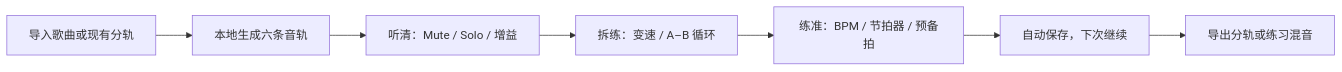
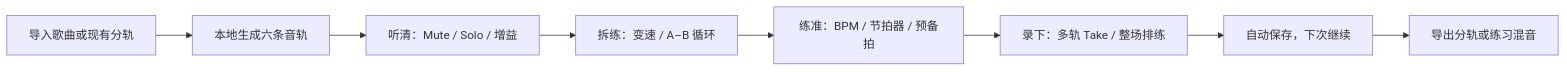
The diagram in README.md (dourgey/BandBuddy), drawn with Mermaid before and after one commit. The commit also changed other lines of this file and 74 other files, not shown here.

````diff
--- a/README.md
+++ b/README.md
@@ -21,9 +21,10 @@
 ```mermaid
 flowchart LR
   A["导入歌曲或现有分轨"] --> B["本地生成六条音轨"]
   B --> C["听清：Mute / Solo / 增益"]
   C --> D["拆练：变速 / A–B 循环"]
   D --> E["练准：BPM / 节拍器 / 预备拍"]
-  E --> F["自动保存，下次继续"]
-  F --> G["导出分轨或练习混音"]
+  E --> F["录下：多轨 Take / 整场排练"]
+  F --> G["自动保存，下次继续"]
+  G --> H["导出分轨或练习混音"]
 ```
````
